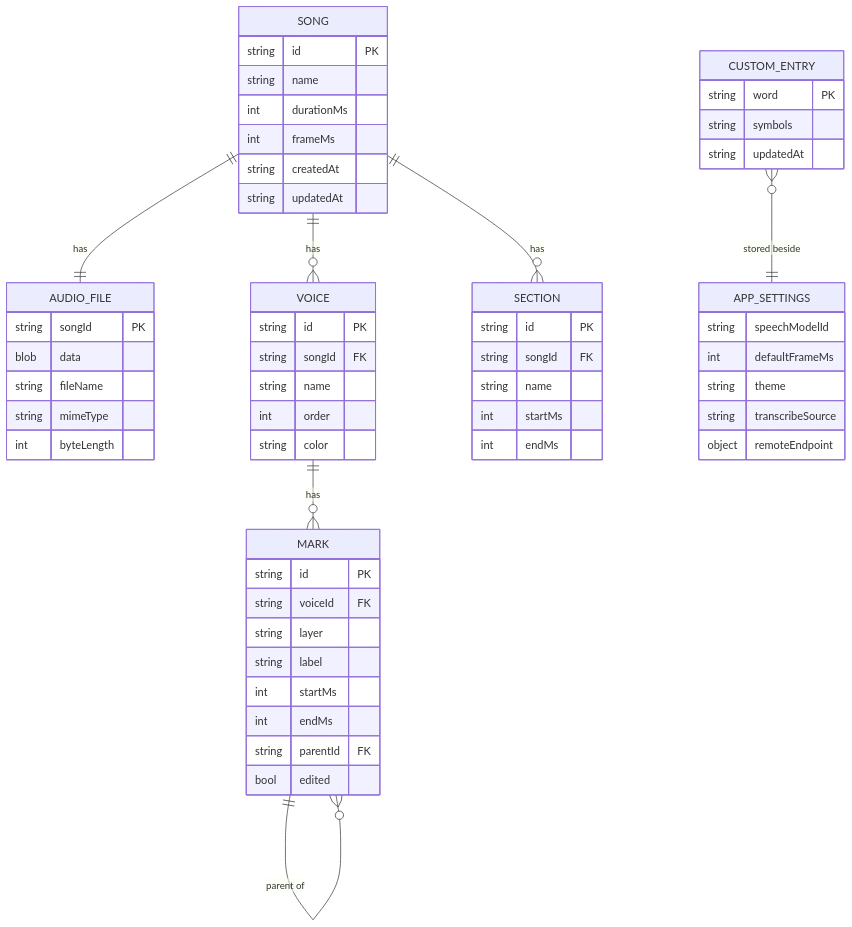
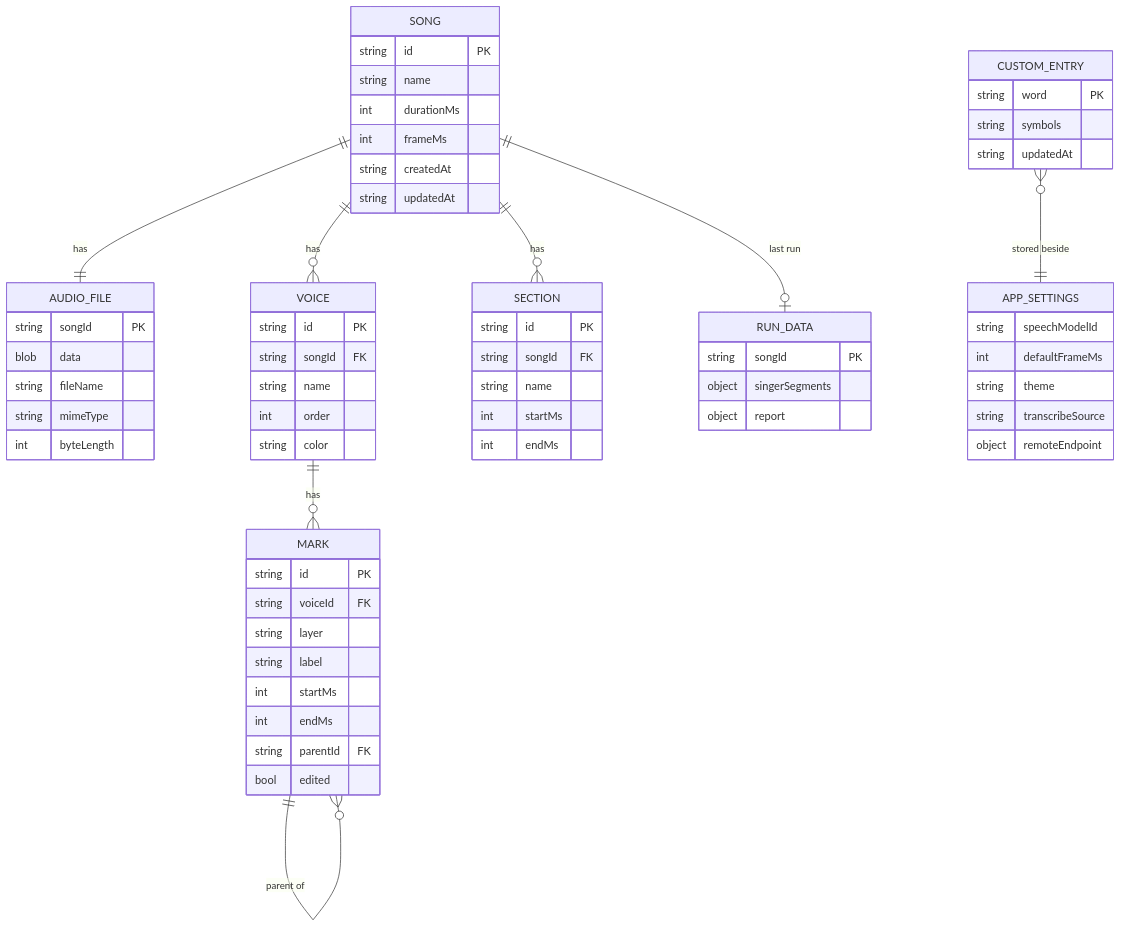
One commit to sniper7kills/xlights-singing-face-timing changed the second of 2 diagrams in docs/specs/spec.md. Above: the diagram before and after it, drawn with Mermaid. The commit also changed other lines of this file and 35 other files, not shown here.

First line of the commit message:
Add the run report with singer diagnostics (#139)

````diff
--- a/docs/specs/spec.md
+++ b/docs/specs/spec.md
@@ -254,60 +255,66 @@
 ```mermaid
 erDiagram
   SONG ||--|| AUDIO_FILE : has
   SONG ||--o{ VOICE : has
   SONG ||--o{ SECTION : has
   VOICE ||--o{ MARK : has
   MARK ||--o{ MARK : "parent of"
   CUSTOM_ENTRY }o--|| APP_SETTINGS : "stored beside"
+  SONG ||--o| RUN_DATA : "last run"
   SONG {
     string id PK
     string name
     int durationMs
     int frameMs
     string createdAt
     string updatedAt
   }
   AUDIO_FILE {
     string songId PK
     blob data
     string fileName
     string mimeType
     int byteLength
   }
   VOICE {
     string id PK
     string songId FK
     string name
     int order
     string color
   }
   SECTION {
     string id PK
     string songId FK
     string name
     int startMs
     int endMs
   }
   MARK {
     string id PK
     string voiceId FK
     string layer
     string label
     int startMs
     int endMs
     string parentId FK
     bool edited
   }
   CUSTOM_ENTRY {
     string word PK
     string symbols
     string updatedAt
   }
+  RUN_DATA {
+    string songId PK
+    object singerSegments
+    object report
+  }
   APP_SETTINGS {
     string speechModelId
     int defaultFrameMs
     string theme
     string transcribeSource
     object remoteEndpoint
   }
 ```
````
